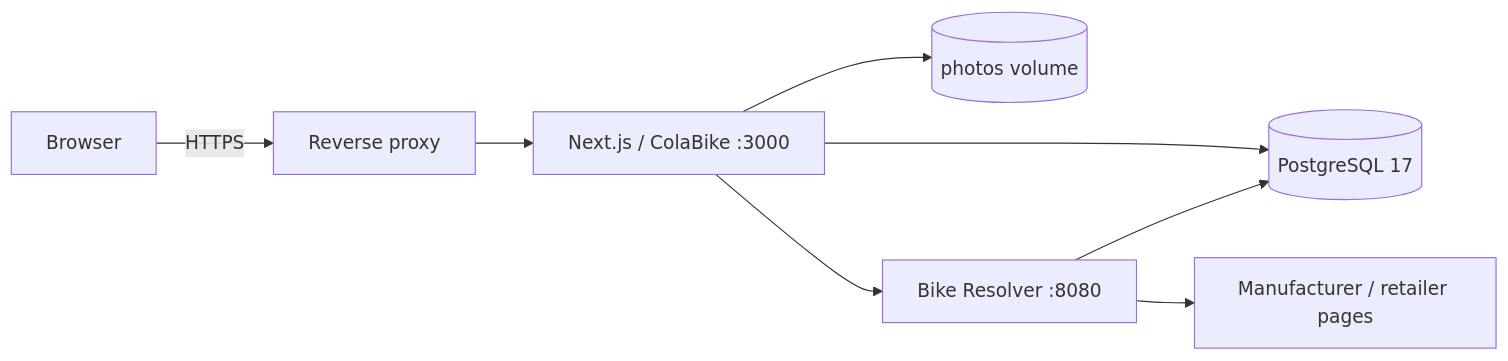
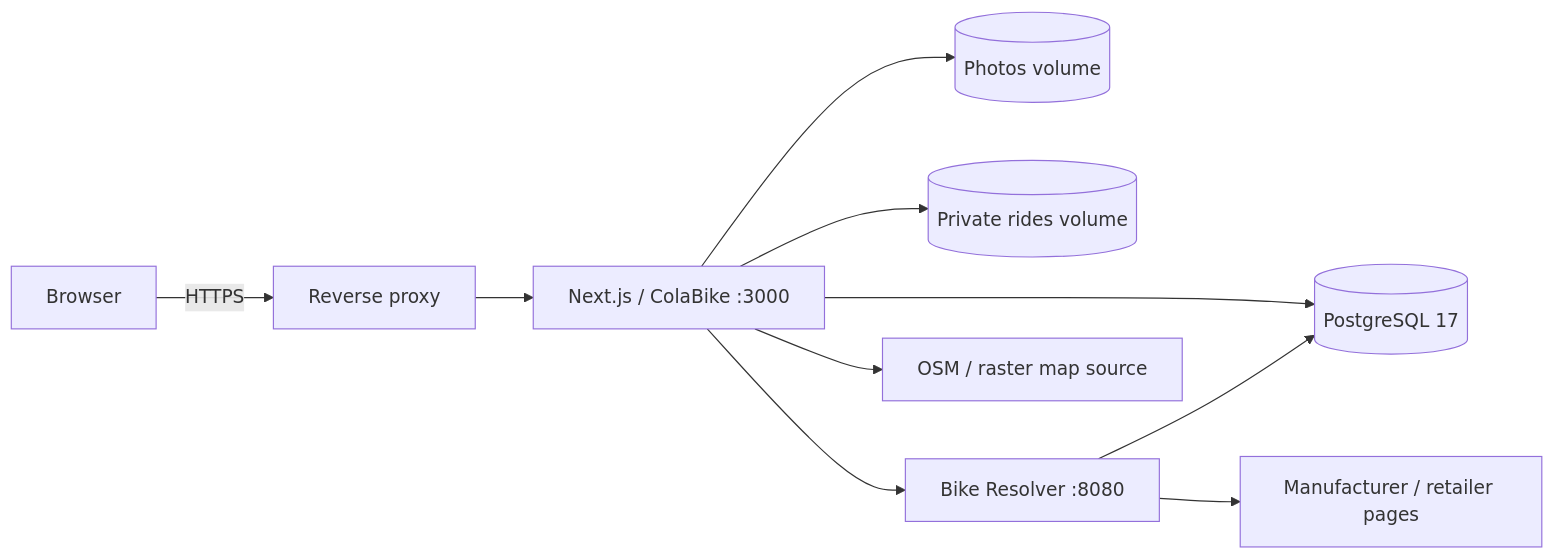
The diagram in README.md (grayhex/cola), drawn with Mermaid before and after one commit. The commit also changed other lines of this file, not shown here.

````diff
--- a/README.md
+++ b/README.md
@@ -141,10 +140,14 @@
 ```mermaid
 flowchart LR
     U[Browser] -->|HTTPS| P[Reverse proxy]
     P --> A[Next.js / ColaBike :3000]
+
     A --> DB[(PostgreSQL 17)]
-    A --> PH[(photos volume)]
+    A --> PH[(Photos volume)]
+    A --> GPX[(Private rides volume)]
     A --> R[Bike Resolver :8080]
+
     R --> DB
     R --> WEB[Manufacturer / retailer pages]
+    A --> MAP[OSM / raster map source]
 ```
````
